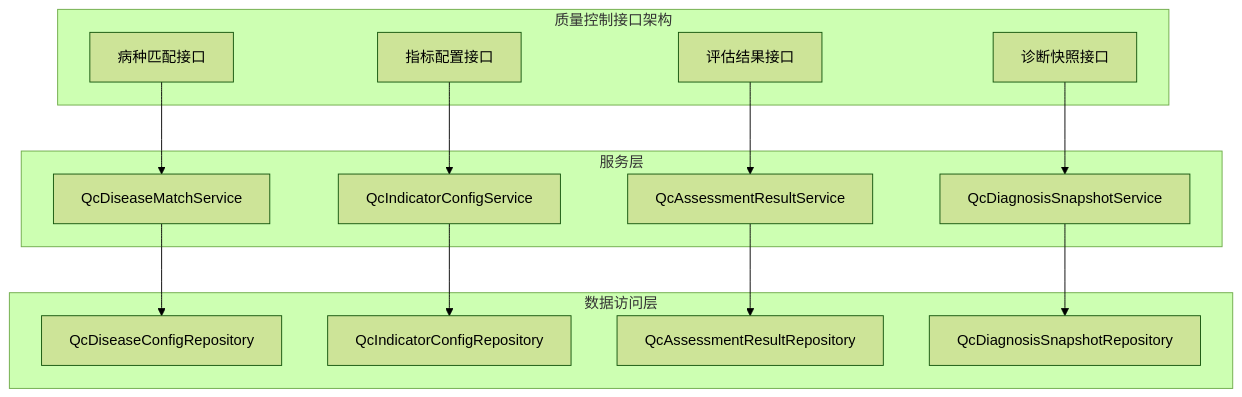
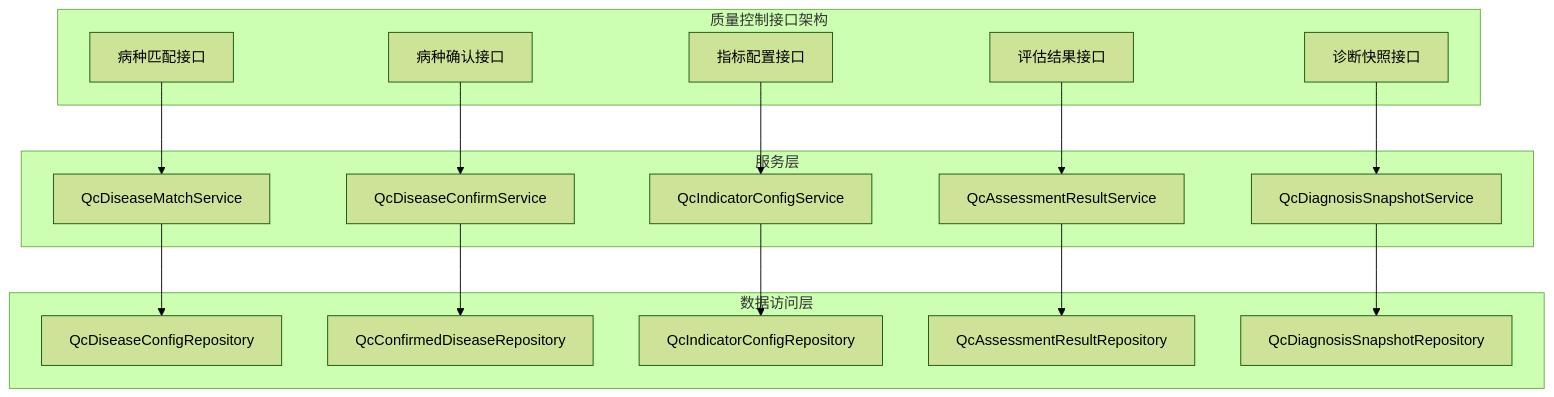
Before and after one commit to liuzh2008/med_ai_assistant_workspace: diagram 14 of 18 in .qoder/repowiki/zh/content/Update Summary/Update Summary.md, drawn with Mermaid (forest theme). The commit also changed other lines of this file and 5 other files, not shown here.

````diff
--- a/.qoder/repowiki/zh/content/Update Summary/Update Summary.md
+++ b/.qoder/repowiki/zh/content/Update Summary/Update Summary.md
@@ -723,29 +863,34 @@
 ```mermaid
 graph TB
 subgraph "质量控制接口架构"
 DiseaseMatch[病种匹配接口]
+DiseaseConfirm[病种确认接口]
 IndicatorConfig[指标配置接口]
 AssessmentResult[评估结果接口]
 DiagnosisSnapshot[诊断快照接口]
 end
 subgraph "数据访问层"
 DiseaseRepository[QcDiseaseConfigRepository]
+DiseaseConfirmRepository[QcConfirmedDiseaseRepository]
 IndicatorRepository[QcIndicatorConfigRepository]
 AssessmentRepository[QcAssessmentResultRepository]
 SnapshotRepository[QcDiagnosisSnapshotRepository]
 end
 subgraph "服务层"
-DiseaseService[QcDiseaseMatchService]
+DiseaseMatchService[QcDiseaseMatchService]
+DiseaseConfirmService[QcDiseaseConfirmService]
 IndicatorService[QcIndicatorConfigService]
 AssessmentService[QcAssessmentResultService]
 SnapshotService[QcDiagnosisSnapshotService]
 end
-DiseaseMatch --> DiseaseService
+DiseaseMatch --> DiseaseMatchService
+DiseaseConfirm --> DiseaseConfirmService
 IndicatorConfig --> IndicatorService
 AssessmentResult --> AssessmentService
 DiagnosisSnapshot --> SnapshotService
-DiseaseService --> DiseaseRepository
+DiseaseMatchService --> DiseaseRepository
+DiseaseConfirmService --> DiseaseConfirmRepository
 IndicatorService --> IndicatorRepository
 AssessmentService --> AssessmentRepository
 SnapshotService --> SnapshotRepository
 ```
````
